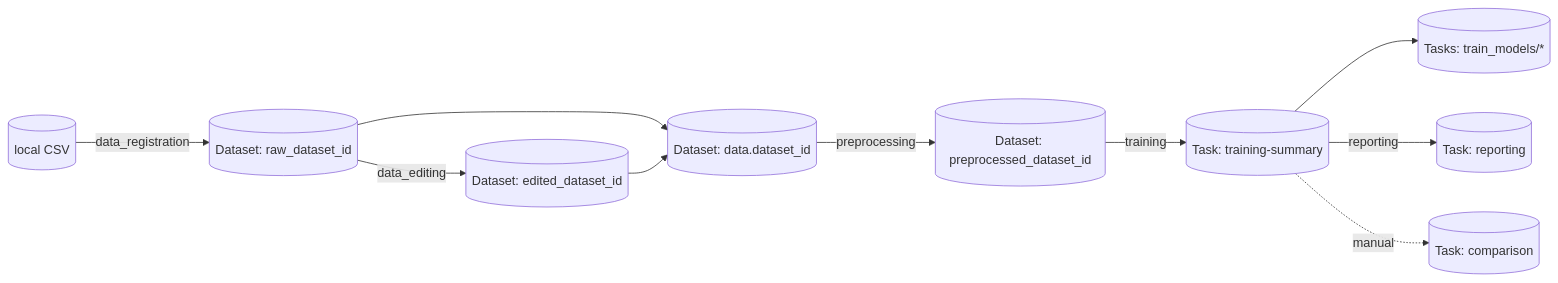
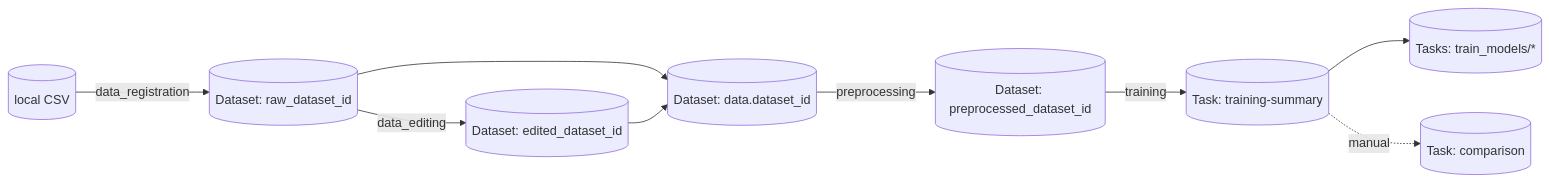
Before and after one commit to dkawa2523/automllibclearML2: the seventh of 7 diagrams in README_dev.md, drawn with Mermaid. The commit also changed other lines of this file and 17 other files, not shown here.

````diff
--- a/README_dev.md
+++ b/README_dev.md
@@ -469,12 +459,11 @@
 ```mermaid
 flowchart LR
   csv[(local CSV)] -->|data_registration| ds_raw[(Dataset: raw_dataset_id)]
   ds_raw -->|data_editing| ds_edit[(Dataset: edited_dataset_id)]
   ds_raw --> ds_in[(Dataset: data.dataset_id)]
   ds_edit --> ds_in
   ds_in -->|preprocessing| ds_pre[(Dataset: preprocessed_dataset_id)]
   ds_pre -->|training| task_train[(Task: training-summary)]
   task_train --> task_children[(Tasks: train_models/*)]
-  task_train -->|reporting| task_rpt[(Task: reporting)]
   task_train -. manual .-> task_cmp[(Task: comparison)]
 ```
````
